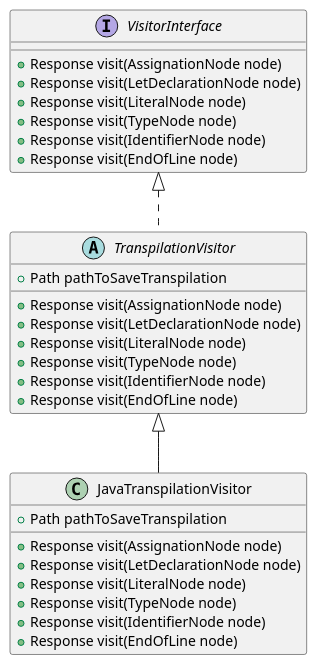
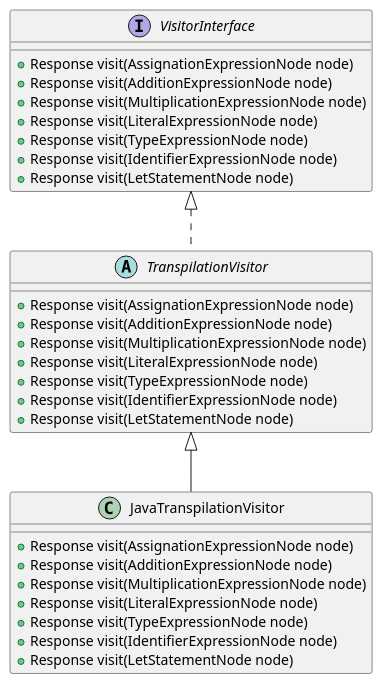
One commit to IngsisPrintScript/PrintScript changed the diagram in src/main/java/visitors/VisitorDiagram.puml. Above: the diagram before and after it, drawn with PlantUML. The commit also changed 6 other files, not shown here.

```diff
--- a/src/main/java/visitors/VisitorDiagram.puml
+++ b/src/main/java/visitors/VisitorDiagram.puml
@@ -1,30 +1,31 @@
 @startuml
 'https://plantuml.com/class-diagram
 
 interface VisitorInterface{
-    + Response visit(AssignationNode node)
-    + Response visit(LetDeclarationNode node)
-    + Response visit(LiteralNode node)
-    + Response visit(TypeNode node)
-    + Response visit(IdentifierNode node)
-    + Response visit(EndOfLine node)
+    + Response visit(AssignationExpressionNode node)
+    + Response visit(AdditionExpressionNode node)
+    + Response visit(MultiplicationExpressionNode node)
+    + Response visit(LiteralExpressionNode node)
+    + Response visit(TypeExpressionNode node)
+    + Response visit(IdentifierExpressionNode node)
+    + Response visit(LetStatementNode node)
 }
 abstract class TranspilationVisitor implements VisitorInterface{
-    + Path pathToSaveTranspilation
-    + Response visit(AssignationNode node)
-    + Response visit(LetDeclarationNode node)
-    + Response visit(LiteralNode node)
-    + Response visit(TypeNode node)
-    + Response visit(IdentifierNode node)
-    + Response visit(EndOfLine node)
+    + Response visit(AssignationExpressionNode node)
+    + Response visit(AdditionExpressionNode node)
+    + Response visit(MultiplicationExpressionNode node)
+    + Response visit(LiteralExpressionNode node)
+    + Response visit(TypeExpressionNode node)
+    + Response visit(IdentifierExpressionNode node)
+    + Response visit(LetStatementNode node)
 }
 class JavaTranspilationVisitor extends TranspilationVisitor{
-    + Path pathToSaveTranspilation
-    + Response visit(AssignationNode node)
-    + Response visit(LetDeclarationNode node)
-    + Response visit(LiteralNode node)
-    + Response visit(TypeNode node)
-    + Response visit(IdentifierNode node)
-    + Response visit(EndOfLine node)
+    + Response visit(AssignationExpressionNode node)
+    + Response visit(AdditionExpressionNode node)
+    + Response visit(MultiplicationExpressionNode node)
+    + Response visit(LiteralExpressionNode node)
+    + Response visit(TypeExpressionNode node)
+    + Response visit(IdentifierExpressionNode node)
+    + Response visit(LetStatementNode node)
 }
 @enduml
```
